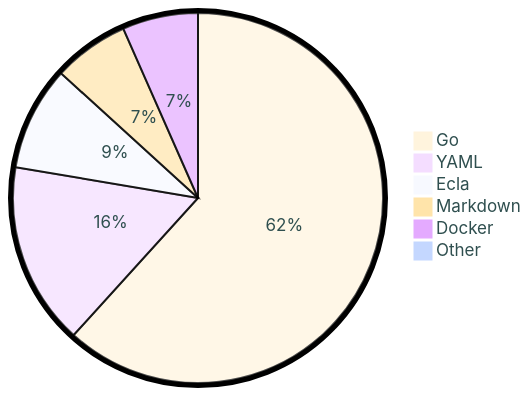
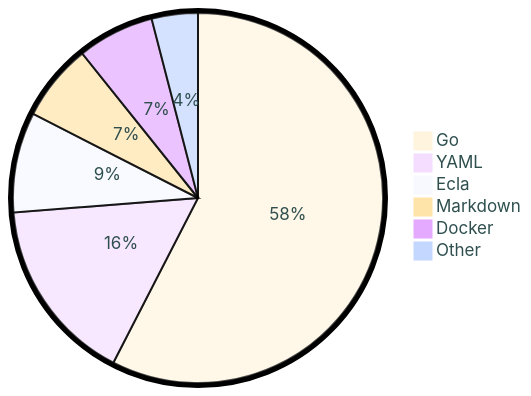
The diagram in README.md (tot0p/tot0p), drawn with Mermaid before and after one commit. The commit also changed other lines of this file, not shown here.

````diff
--- a/README.md
+++ b/README.md
@@ -76,10 +81,10 @@
 ```mermaid
 %%{init: {"pie": {"textPosition": 0.5}, "themeVariables": {"pieOuterStrokeWidth": "5px","primaryTextColor" : "#2F4F4F"},"theme":"base"} }%%
 pie
-	"Go": 61.52
-	"YAML": 15.88
-	"Ecla": 9.06
-	"Markdown": 6.61
-	"Docker": 6.59
-	"Other": 0.32000000000000006
+	"Go": 57.55
+	"YAML": 16.19
+	"Ecla": 8.76
+	"Markdown": 6.74
+	"Docker": 6.72
+	"Other": 4.029999999999999
 ```
````
